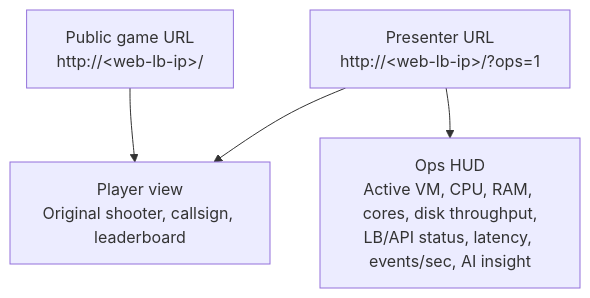
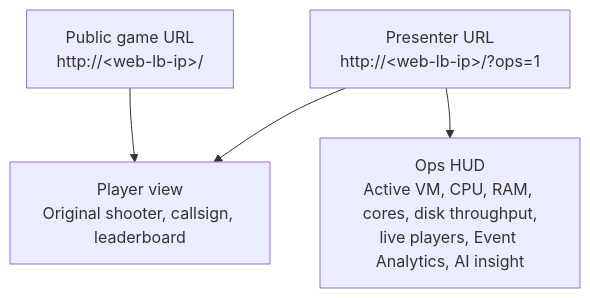
The second of 2 diagrams in docs/oci-defense-grid-wireframe.md (mr-ulusoy/oci-defense-grid-demo), drawn with Mermaid before and after one commit. The commit also changed other lines of this file and 12 other files, not shown here.

Commit message:
Add ADB event analytics ops panel

````diff
--- a/docs/oci-defense-grid-wireframe.md
+++ b/docs/oci-defense-grid-wireframe.md
@@ -81,11 +78,11 @@
 ```mermaid
 flowchart TB
   publicUrl["Public game URL<br/>http://&lt;web-lb-ip&gt;/"]
   playerView["Player view<br/>Original shooter, callsign, leaderboard"]
   opsUrl["Presenter URL<br/>http://&lt;web-lb-ip&gt;/?ops=1"]
-  opsHud["Ops HUD<br/>Active VM, CPU, RAM, cores, disk throughput,<br/>LB/API status, latency, events/sec, AI insight"]
+  opsHud["Ops HUD<br/>Active VM, CPU, RAM, cores, disk throughput,<br/>live players, Event Analytics, AI insight"]
 
   publicUrl --> playerView
   opsUrl --> playerView
   opsUrl --> opsHud
 ```
````
